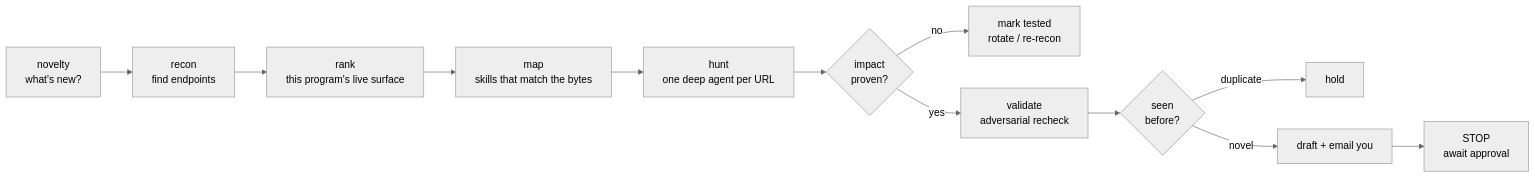
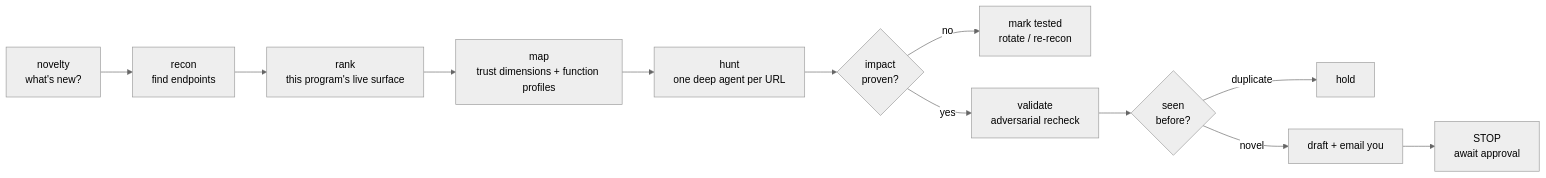
The second of 3 diagrams in README.md (Mahmoud-Fawzi-Fayed/0xray-hunt-harness), drawn with Mermaid (neutral theme) before and after one commit. The commit also changed other lines of this file and 34 other files, not shown here.

````diff
--- a/README.md
+++ b/README.md
@@ -60,14 +61,14 @@
 ```mermaid
 flowchart LR
     A["novelty<br/>what's new?"] --> B["recon<br/>find endpoints"]
     B -->     C["rank<br/>this program's live surface"]
-    C --> D["map<br/>skills that match the bytes"]
+    C --> D["map<br/>trust dimensions + function profiles"]
     D --> E["hunt<br/>one deep agent per URL"]
     E --> F{"impact<br/>proven?"}
     F -->|no| R["mark tested<br/>rotate / re-recon"]
     F -->|yes| G["validate<br/>adversarial recheck"]
     G --> H{"seen<br/>before?"}
     H -->|duplicate| I["hold"]
     H -->|novel| J["draft + email you"]
     J --> K["STOP<br/>await approval"]
 ```
````
